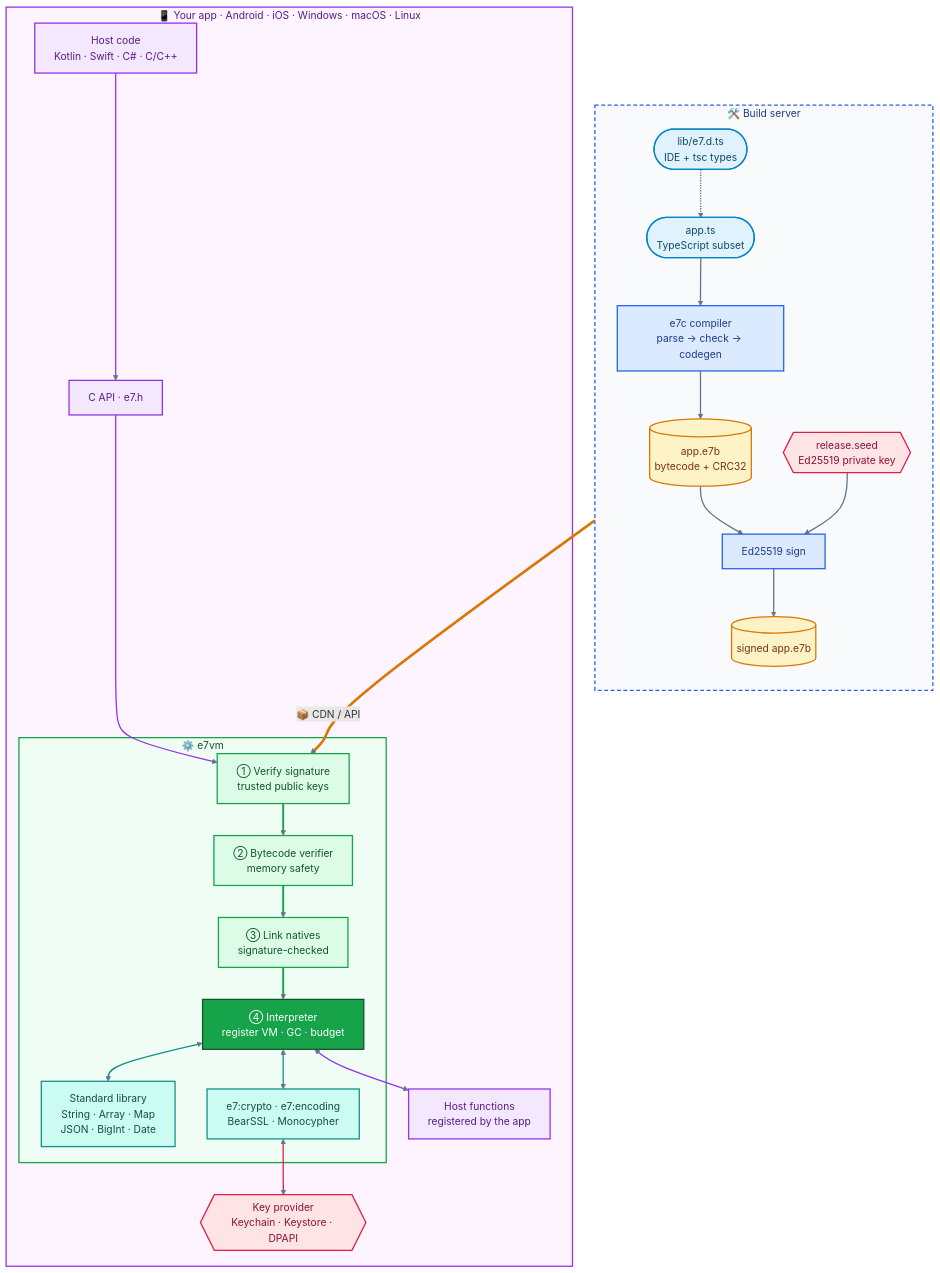
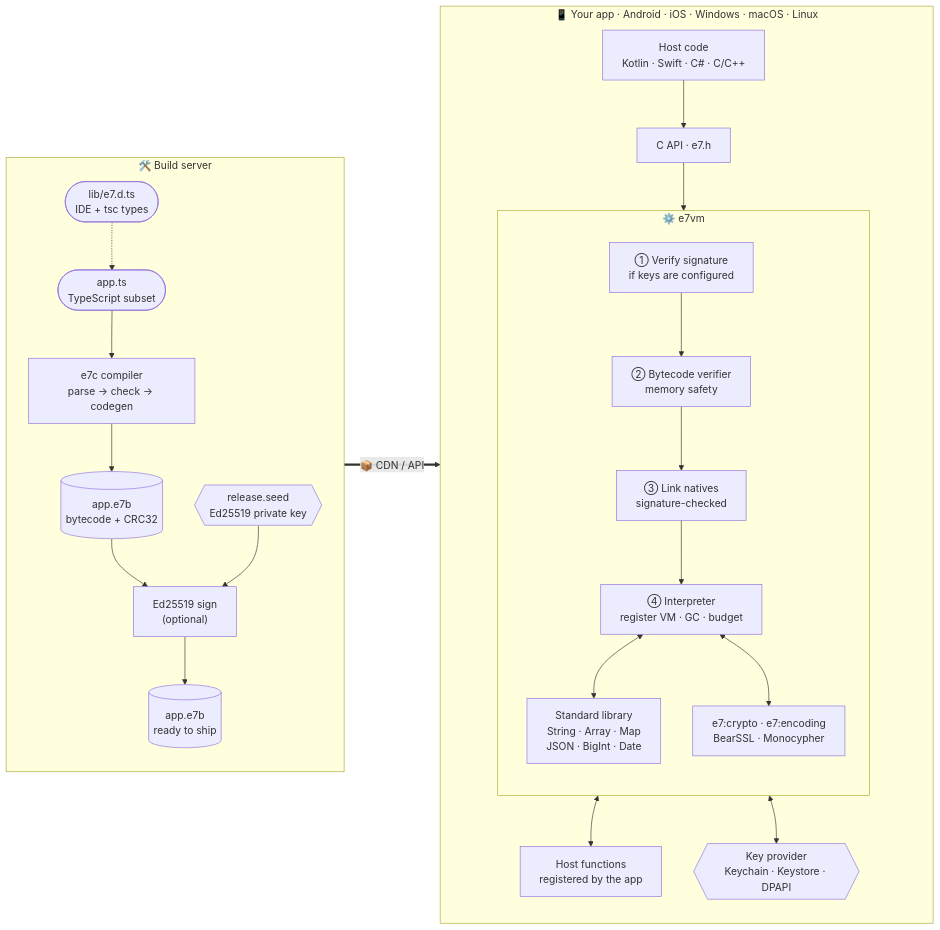
One commit to e7lang/e7 changed the diagram in docs/architecture.mmd. Above: the diagram before and after it, drawn with Mermaid. The commit also changed 7 other files, not shown here.

First line of the commit message:
Architecture diagram: light and dark variants, side-by-side layout

```diff
--- a/docs/architecture.mmd
+++ b/docs/architecture.mmd
@@ -1,58 +1,50 @@
-%% e7vm architecture diagram (single source for docs/architecture.png).
-%% Regenerate: npx -p @mermaid-js/mermaid-cli@11.4.2 mmdc -c docs/architecture.config.json -i docs/architecture.mmd -o docs/architecture.png -s 2 -b white
-flowchart TB
+%% e7vm architecture diagram: single source for docs/architecture-light.png and docs/architecture-dark.png.
+%% Colors come from scripts/render-architecture.py (it fills in the palette marker at the end); regenerate with:
+%%   python3 scripts/render-architecture.py
+flowchart LR
   subgraph BUILD["🛠️  Build server"]
     direction TB
+    DTS(["lib/e7.d.ts<br/>IDE + tsc types"]):::src
     TS(["app.ts<br/>TypeScript subset"]):::src
-    DTS(["lib/e7.d.ts<br/>IDE + tsc types"]):::src
     CC["e7c compiler<br/>parse → check → codegen"]:::tool
     E7B[("app.e7b<br/>bytecode + CRC32")]:::artifact
+    SIGN["Ed25519 sign<br/>(optional)"]:::tool
     SEED{{"release.seed<br/>Ed25519 private key"}}:::key
-    SIGN["Ed25519 sign"]:::tool
-    SE7B[("signed app.e7b")]:::artifact
+    SE7B[("app.e7b<br/>ready to ship")]:::artifact
     DTS -.-> TS
-    TS --> CC --> E7B --> SIGN --> SE7B
+    TS --> CC
+    CC --> E7B
+    E7B --> SIGN
+    SIGN --> SE7B
     SEED --> SIGN
   end
 
-  SE7B == "📦 CDN / API" ==> V1
+  BUILD == "📦 CDN / API" ==> APP
 
   subgraph APP["📱  Your app · Android · iOS · Windows · macOS · Linux"]
+    direction TB
     HOST["Host code<br/>Kotlin · Swift · C# · C/C++"]:::host
     CAPI["C API · e7.h"]:::host
-    HOST --> CAPI --> V1
+    HOST --> CAPI
+    CAPI --> V1
     subgraph VM["⚙️  e7vm"]
-      V1["① Verify signature<br/>trusted public keys"]:::guard
+      direction TB
+      V1["① Verify signature<br/>if keys are configured"]:::guard
       V2["② Bytecode verifier<br/>memory safety"]:::guard
       V3["③ Link natives<br/>signature-checked"]:::guard
       V4["④ Interpreter<br/>register VM · GC · budget"]:::core
       STD["Standard library<br/>String · Array · Map<br/>JSON · BigInt · Date"]:::lib
       CRY["e7:crypto · e7:encoding<br/>BearSSL · Monocypher"]:::lib
-      V1 --> V2 --> V3 --> V4
+      V1 --> V2
+      V2 --> V3
+      V3 --> V4
       V4 <--> STD
       V4 <--> CRY
     end
     NAT["Host functions<br/>registered by the app"]:::host
     KP{{"Key provider<br/>Keychain · Keystore · DPAPI"}}:::key
     V4 <--> NAT
     CRY <--> KP
   end
 
-  classDef src fill:#E0F2FE,stroke:#0284C7,stroke-width:2px,color:#0C4A6E
-  classDef tool fill:#DBEAFE,stroke:#2563EB,stroke-width:2px,color:#1E3A8A
-  classDef artifact fill:#FEF3C7,stroke:#D97706,stroke-width:2px,color:#78350F
-  classDef key fill:#FFE4E6,stroke:#E11D48,stroke-width:2px,color:#881337
-  classDef host fill:#F3E8FF,stroke:#9333EA,stroke-width:2px,color:#581C87
-  classDef guard fill:#DCFCE7,stroke:#16A34A,stroke-width:2px,color:#14532D
-  classDef core fill:#16A34A,stroke:#14532D,stroke-width:2px,color:#FFFFFF
-  classDef lib fill:#CCFBF1,stroke:#0D9488,stroke-width:2px,color:#134E4A
-
-  style BUILD fill:#F8FAFC,stroke:#2563EB,stroke-width:2px,stroke-dasharray:6 4,color:#1E3A8A
-  style APP fill:#FDF4FF,stroke:#9333EA,stroke-width:2px,color:#581C87
-  style VM fill:#F0FDF4,stroke:#16A34A,stroke-width:2px,color:#14532D
-  linkStyle default stroke:#64748B,stroke-width:2px
-  linkStyle 6 stroke:#D97706,stroke-width:4px
-  linkStyle 9,10,11 stroke:#16A34A,stroke-width:3px
-  linkStyle 12,13 stroke:#0D9488,stroke-width:2px
-  linkStyle 14,7,8 stroke:#9333EA,stroke-width:2px
-  linkStyle 15 stroke:#E11D48,stroke-width:2px
+%%PALETTE%%
```
